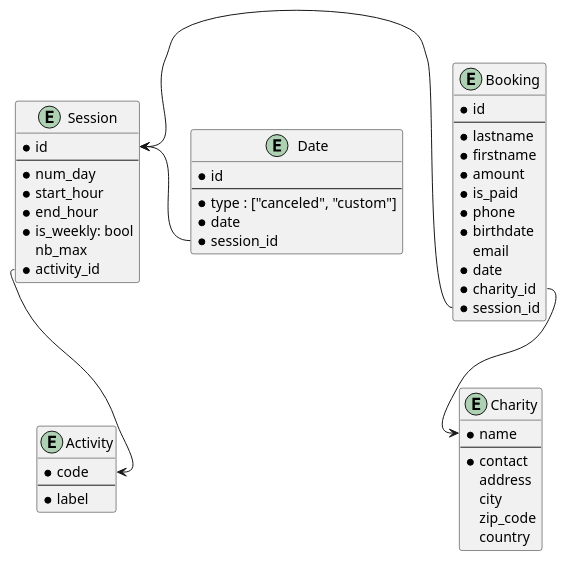
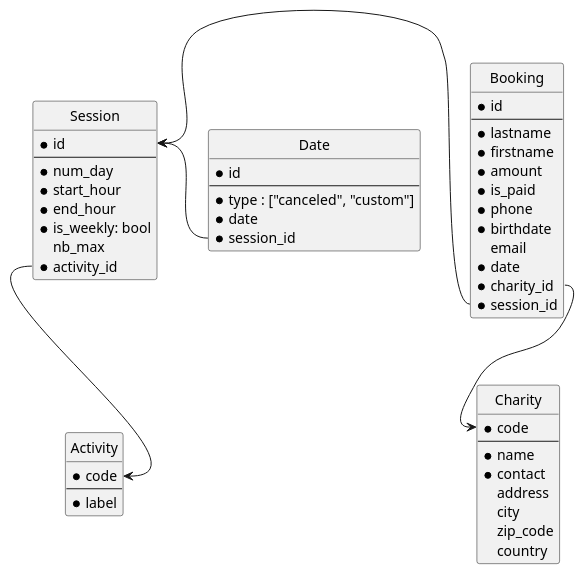
One commit to vsantele/IG2-java-projet changed the diagram in schema/relation.puml. Above: the diagram before and after it, drawn with PlantUML. The commit also changed 1 other file, not shown here.

Commit message:
Update Diagram

```diff
--- a/schema/relation.puml
+++ b/schema/relation.puml
@@ -1,57 +1,60 @@
-@startuml database
+@startuml relation
+hide circle
+
   entity Activity {
     * code
     --
     * label
   }
 
   entity Session {
     * id
     --
     * num_day
     * start_hour
     * end_hour
     * is_weekly: bool
     nb_max
     * activity_id
   }
 
   entity Booking {
     * id
     --
     * lastname
     * firstname
     * amount
     * is_paid
     * phone
     * birthdate
     email
     * date
     * charity_id
     * session_id
   }
 
   entity Date {
     * id
     --
     * type : ["canceled", "custom"]
     * date
     * session_id
   }
 
   entity Charity {
+    * code
+    --
     * name
-    --
     * contact
     address
     city
     zip_code
     country
   }
 
 
   Activity::code <-up- Session::activity_id
   Session::id <-right- Booking::session_id
   Session::id <-right- Date::session_id
-  Charity::name <-up- Booking::charity_id
+  Charity::code <-up- Booking::charity_id
 @enduml
```
